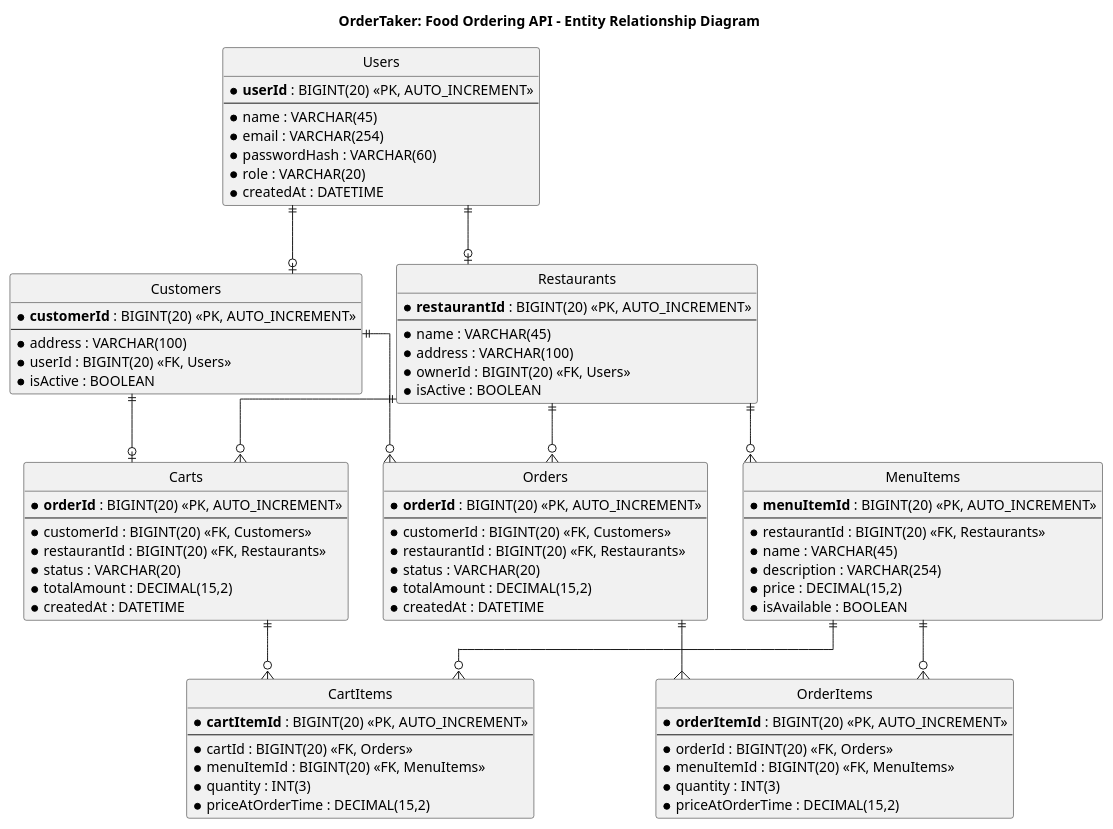
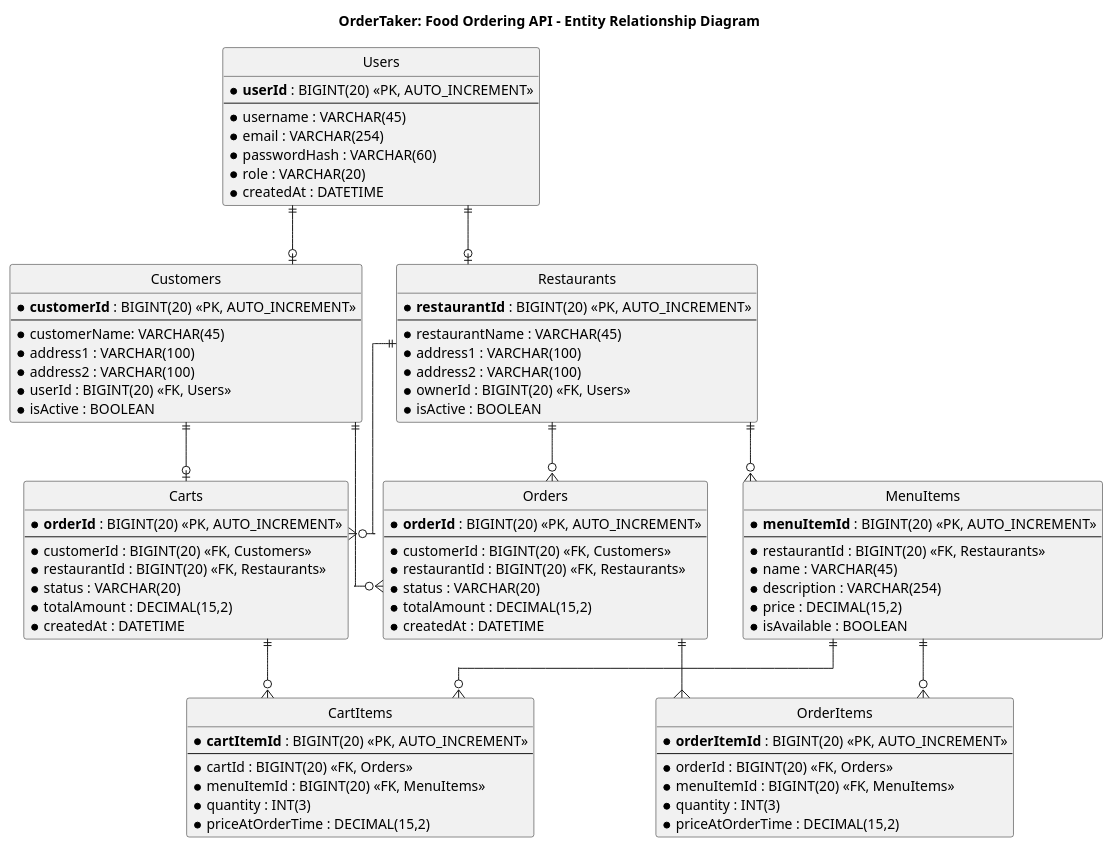
One commit to rvmchua/ordertaker changed the diagram in planning/uml/erd.puml. Above: the diagram before and after it, drawn with PlantUML.

Commit message:
Change name to username in Users, change name to customerName in Customers, change name to restaurantName in Restaurants, change address to address1 and address2 in Customers and Restaurants.

```diff
--- a/planning/uml/erd.puml
+++ b/planning/uml/erd.puml
@@ -1,93 +1,96 @@
 @startuml
 title OrderTaker: Food Ordering API - Entity Relationship Diagram
 skinparam linetype ortho
 hide circle
 
 entity "Users" as user {
     * **userId** : BIGINT(20) <<PK, AUTO_INCREMENT>>
     --
-    * name : VARCHAR(45)
+    * username : VARCHAR(45)
     * email : VARCHAR(254)
     * passwordHash : VARCHAR(60)
     * role : VARCHAR(20)
     * createdAt : DATETIME
 }
 
 entity "Customers" as customer {
     * **customerId** : BIGINT(20) <<PK, AUTO_INCREMENT>>
     --
-    * address : VARCHAR(100)
+    * customerName: VARCHAR(45)
+    * address1 : VARCHAR(100)
+    * address2 : VARCHAR(100)
     * userId : BIGINT(20) <<FK, Users>>
     * isActive : BOOLEAN
 }
 
 entity "Restaurants" as resto {
     * **restaurantId** : BIGINT(20) <<PK, AUTO_INCREMENT>>
     --
-    * name : VARCHAR(45)
-    * address : VARCHAR(100)
+    * restaurantName : VARCHAR(45)
+    * address1 : VARCHAR(100)
+    * address2 : VARCHAR(100)
     * ownerId : BIGINT(20) <<FK, Users>>
     * isActive : BOOLEAN
 }
 
 entity "MenuItems" as menu {
     * **menuItemId** : BIGINT(20) <<PK, AUTO_INCREMENT>>
     --
     * restaurantId : BIGINT(20) << FK, Restaurants>>
     * name : VARCHAR(45)
     * description : VARCHAR(254)
     * price : DECIMAL(15,2)
     * isAvailable : BOOLEAN
 }
 
 entity "Orders" as order {
     * **orderId** : BIGINT(20) <<PK, AUTO_INCREMENT>>
     --
     * customerId : BIGINT(20) <<FK, Customers>>
     * restaurantId : BIGINT(20) <<FK, Restaurants>>
     * status : VARCHAR(20)
     * totalAmount : DECIMAL(15,2)
     * createdAt : DATETIME
 }
 
 entity "OrderItems" as item {
     * **orderItemId** : BIGINT(20) <<PK, AUTO_INCREMENT>>
     --
     * orderId : BIGINT(20) <<FK, Orders>>
     * menuItemId : BIGINT(20) <<FK, MenuItems>>
     * quantity : INT(3)
     * priceAtOrderTime : DECIMAL(15,2)
 }
 
 entity "Carts" as cart {
     * **orderId** : BIGINT(20) <<PK, AUTO_INCREMENT>>
     --
     * customerId : BIGINT(20) <<FK, Customers>>
     * restaurantId : BIGINT(20) <<FK, Restaurants>>
     * status : VARCHAR(20)
     * totalAmount : DECIMAL(15,2)
     * createdAt : DATETIME
 }
 
 entity "CartItems" as cartitem {
     * **cartItemId** : BIGINT(20) <<PK, AUTO_INCREMENT>>
     --
     * cartId : BIGINT(20) <<FK, Orders>>
     * menuItemId : BIGINT(20) <<FK, MenuItems>>
     * quantity : INT(3)
     * priceAtOrderTime : DECIMAL(15,2)
 }
 
 user ||--o|resto
 user ||--o| customer
 resto ||--o{ menu
 customer ||--o{ order
 resto ||--o{ order
 order ||--{ item
 menu ||--o{ item
 customer ||--o| cart
 resto ||--o{ cart
 cart ||--o{ cartitem
 menu ||--o{ cartitem
 
 @enduml
```
